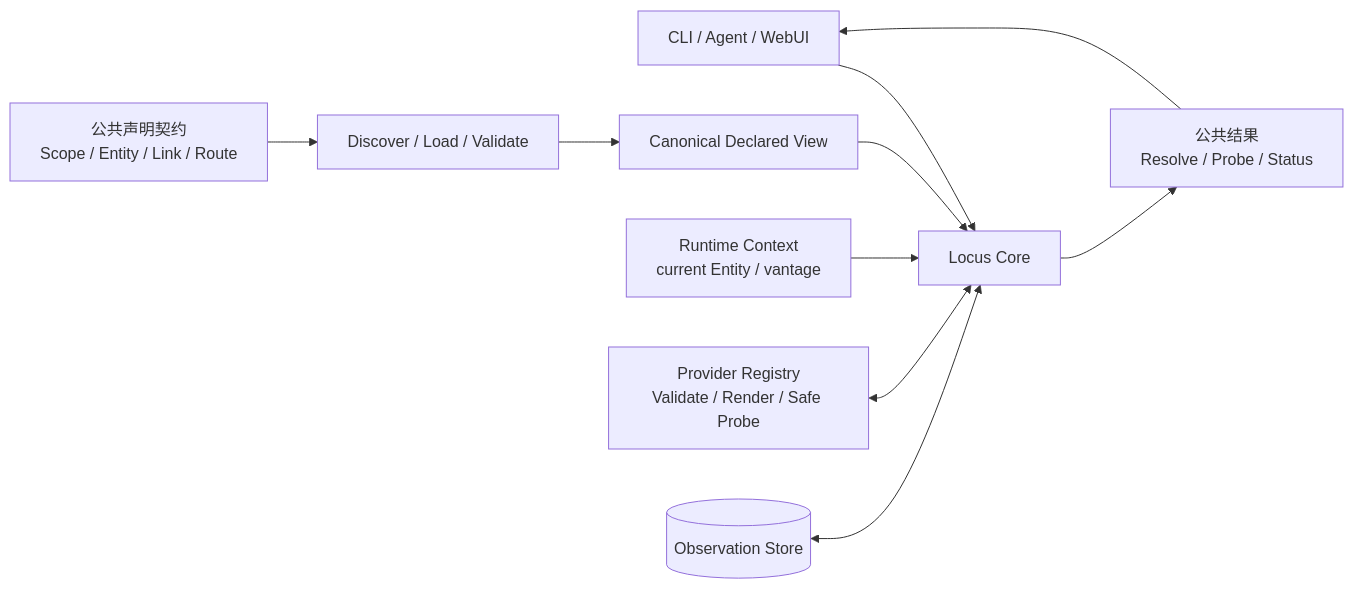
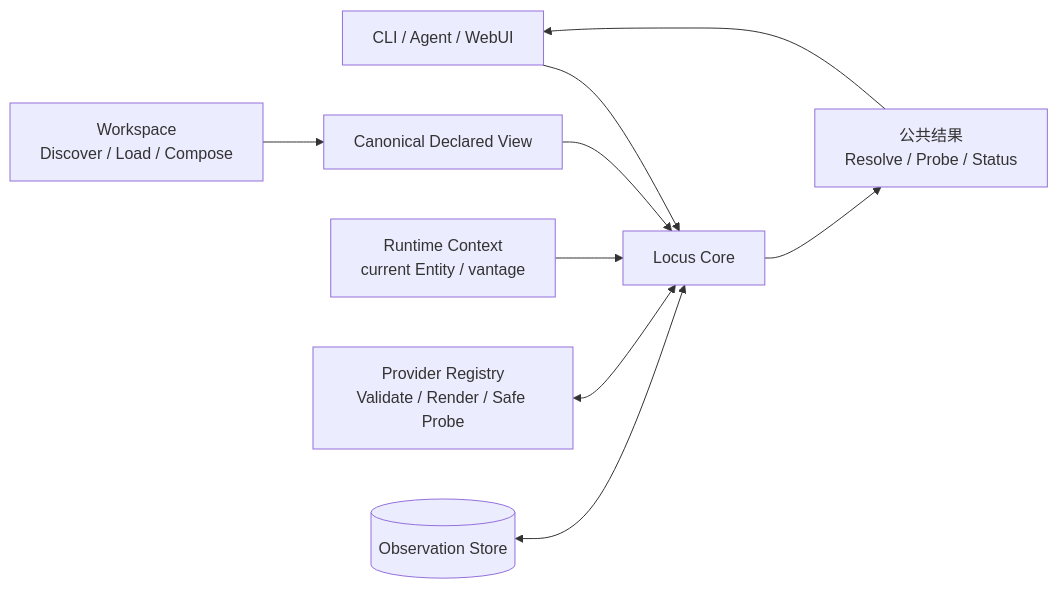
Before and after one commit to SWdrift/locus-link: the first of 3 diagrams in documents/design/系统设计.md, drawn with Mermaid. The commit also changed other lines of this file and 8 other files, not shown here.

````diff
--- a/documents/design/系统设计.md
+++ b/documents/design/系统设计.md
@@ -43,15 +45,14 @@
 ```mermaid
 flowchart LR
     UI["CLI / Agent / WebUI"] --> CORE["Locus Core"]
 
-    YAML["公共声明契约<br/>Scope / Entity / Link / Route"] --> LOAD["Discover / Load / Validate"]
-    LOAD --> VIEW["Canonical Declared View"]
+    WORKSPACE["Workspace<br/>Discover / Load / Compose"] --> VIEW["Canonical Declared View"]
     VIEW --> CORE
 
     CTX["Runtime Context<br/>current Entity / vantage"] --> CORE
     PROVIDERS["Provider Registry<br/>Validate / Render / Safe Probe"] <--> CORE
     STORE[("Observation Store")] <--> CORE
 
     CORE --> RESULT["公共结果<br/>Resolve / Probe / Status"]
     RESULT --> UI
 ```
````
